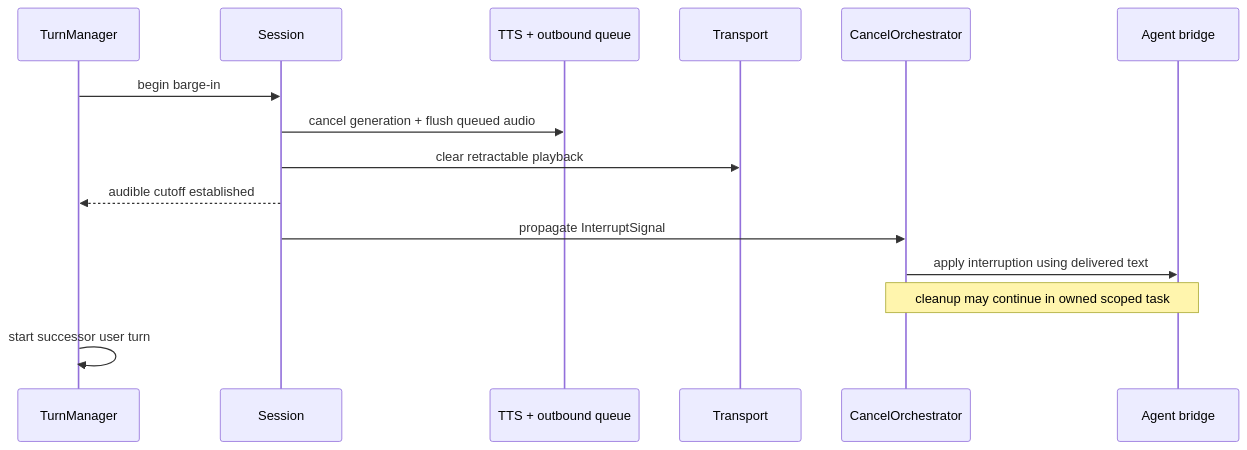
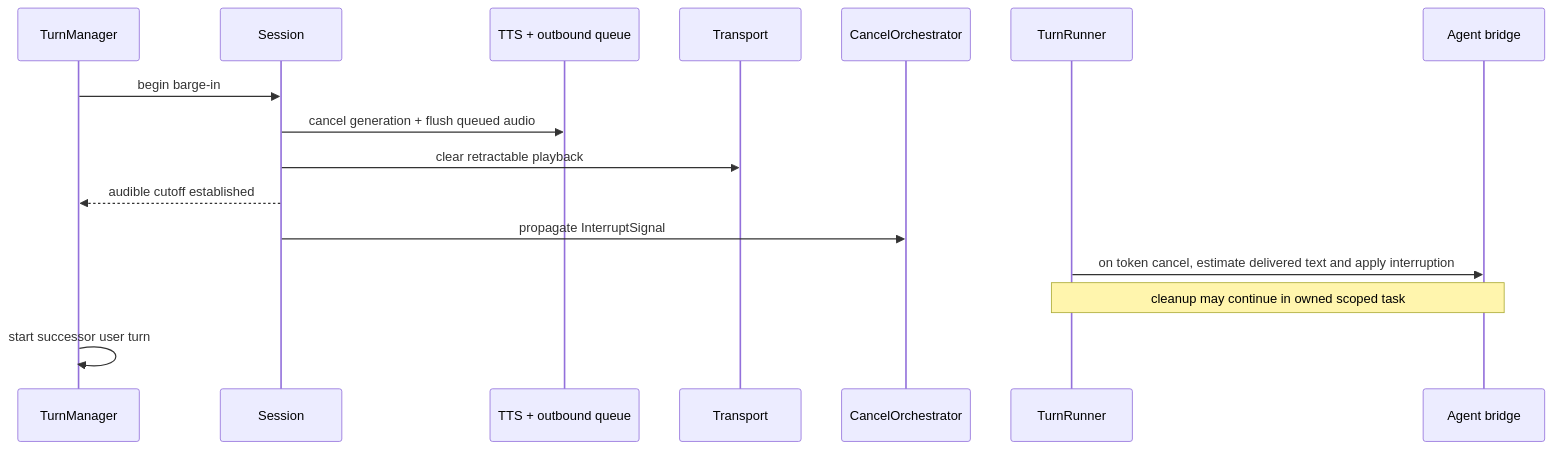
The sixth of 7 diagrams in docs/development/04-agents-and-interruption.md (yisding/easycat), drawn with Mermaid before and after one commit. The commit also changed other lines of this file and 81 other files, not shown here.

````diff
--- a/docs/development/04-agents-and-interruption.md
+++ b/docs/development/04-agents-and-interruption.md
@@ -325,18 +325,19 @@
 ```mermaid
 sequenceDiagram
     participant TM as TurnManager
     participant S as Session
     participant TTS as TTS + outbound queue
     participant X as Transport
     participant C as CancelOrchestrator
+    participant R as TurnRunner
     participant A as Agent bridge
 
     TM->>S: begin barge-in
     S->>TTS: cancel generation + flush queued audio
     S->>X: clear retractable playback
     S-->>TM: audible cutoff established
     S->>C: propagate InterruptSignal
-    C->>A: apply interruption using delivered text
-    Note over C,A: cleanup may continue in owned scoped task
+    R->>A: on token cancel, estimate delivered text and apply interruption
+    Note over R,A: cleanup may continue in owned scoped task
     TM->>TM: start successor user turn
 ```
````
